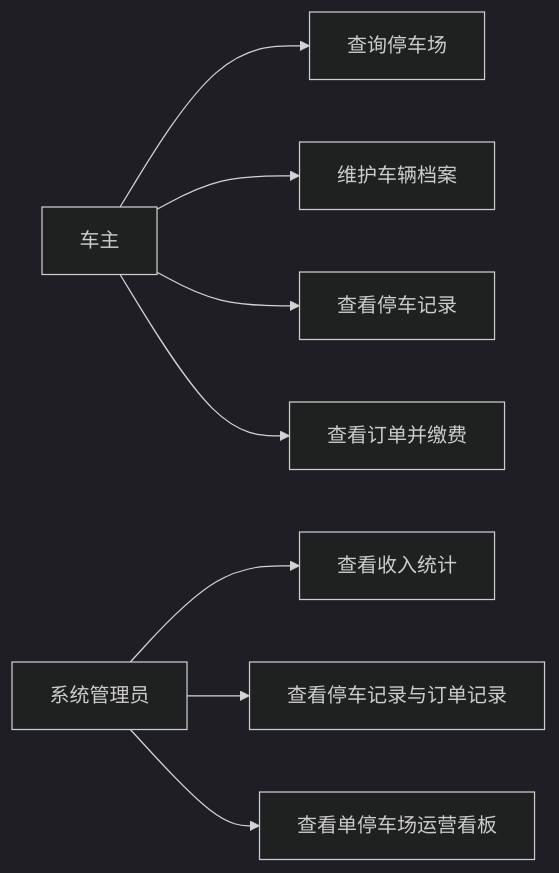
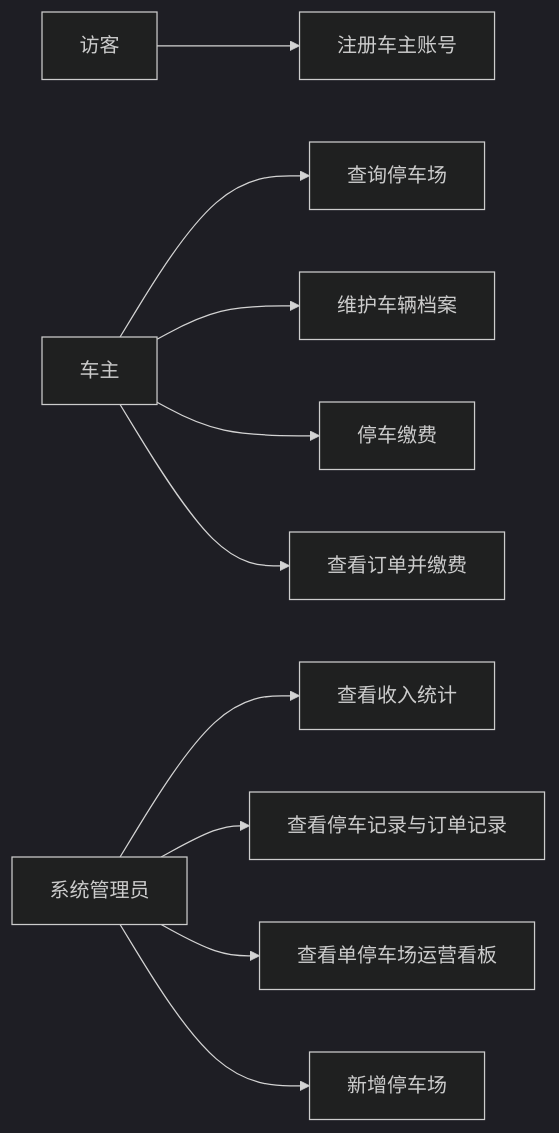
One commit to wiiiind/city-parking-resource-management-system changed the second of 8 diagrams in docs/技术文档.md. Above: the diagram before and after it, drawn with Mermaid (dark theme). The commit also changed other lines of this file and 11 other files, not shown here.

````diff
--- a/docs/技术文档.md
+++ b/docs/技术文档.md
@@ -38,10 +55,12 @@
 ```mermaid
 flowchart LR
+    visitor["访客"] --> uc0["注册车主账号"]
     owner["车主"] --> uc1["查询停车场"]
     owner --> uc2["维护车辆档案"]
-    owner --> uc3["查看停车记录"]
+    owner --> uc3["停车缴费"]
     owner --> uc4["查看订单并缴费"]
     admin["系统管理员"] --> uc5["查看收入统计"]
     admin --> uc6["查看停车记录与订单记录"]
     admin --> uc7["查看单停车场运营看板"]
+    admin --> uc8["新增停车场"]
 ```
````
